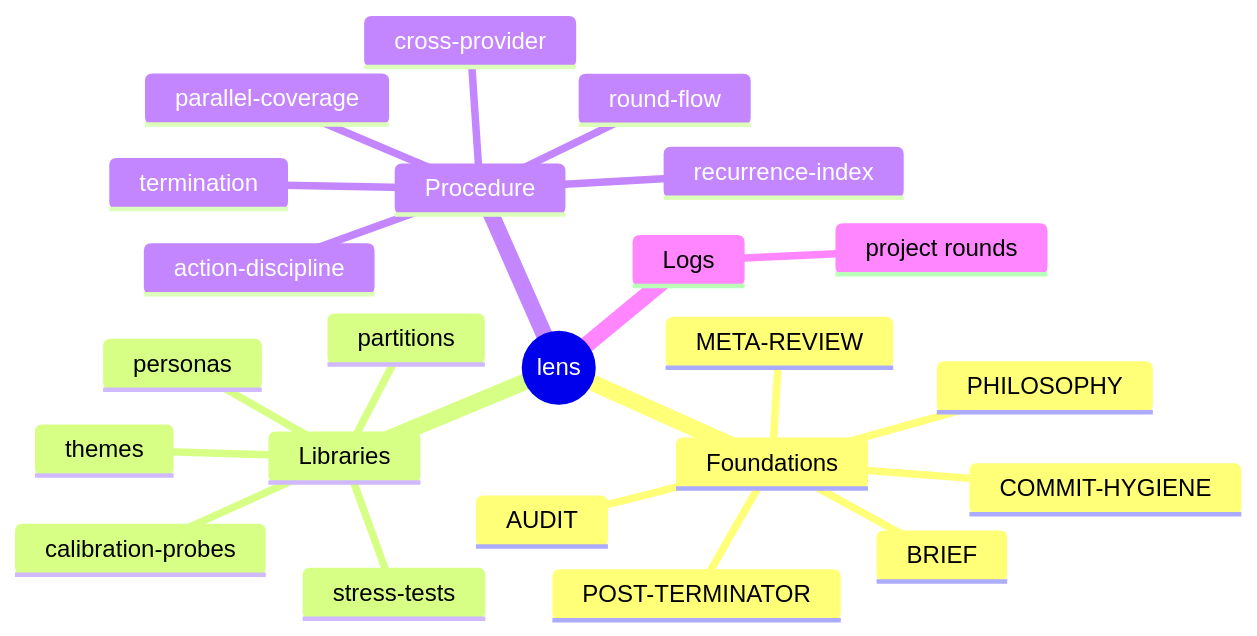
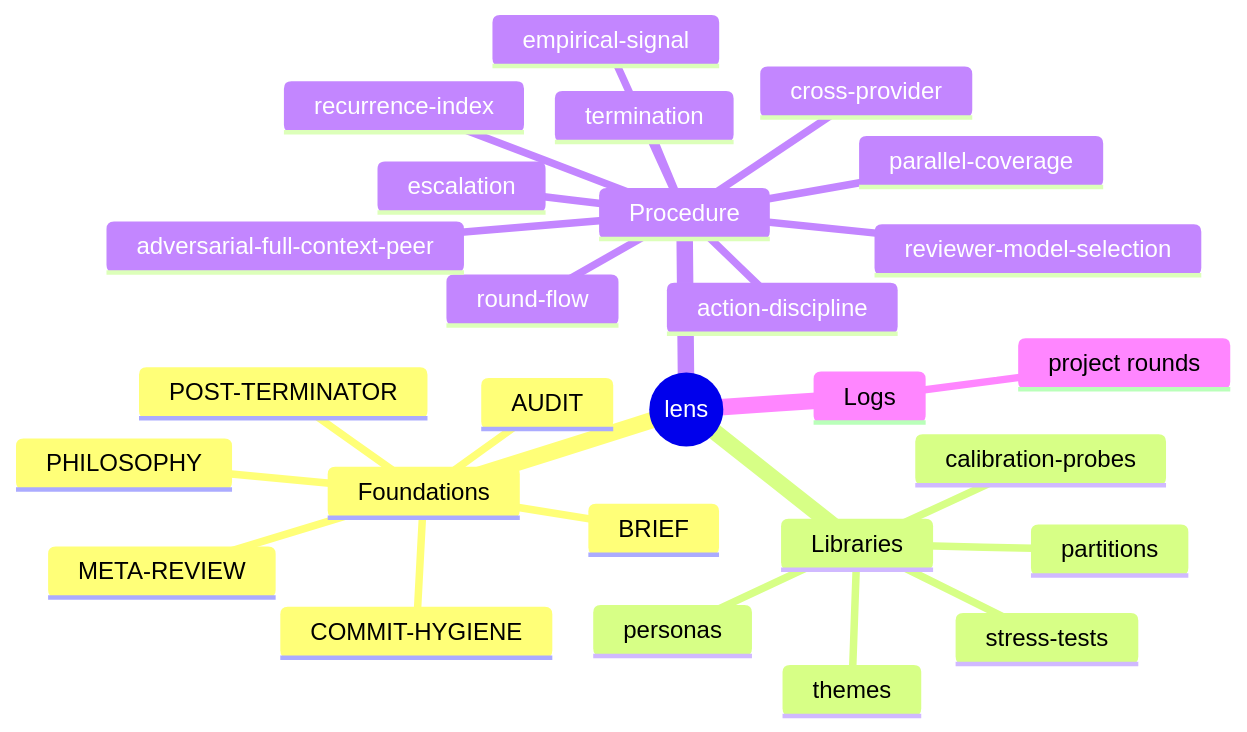
One commit to 1qh/lens changed the second of 2 diagrams in README.md. Above: the diagram before and after it, drawn with Mermaid. The commit also changed other lines of this file and 8 other files, not shown here.

Commit message:
fold 11 strategy upgrades: defeat-non-goal, peer, precedent, escalation, signal, more

````diff
--- a/README.md
+++ b/README.md
@@ -20,26 +20,30 @@
 ```mermaid
 mindmap
   root((lens))
     Foundations
       PHILOSOPHY
       BRIEF
       AUDIT
       POST-TERMINATOR
       META-REVIEW
       COMMIT-HYGIENE
     Libraries
       personas
       themes
       stress-tests
       partitions
       calibration-probes
     Procedure
       round-flow
       parallel-coverage
       action-discipline
       cross-provider
       recurrence-index
+      escalation
       termination
+      empirical-signal
+      reviewer-model-selection
+      adversarial-full-context-peer
     Logs
       project rounds
 ```
````
